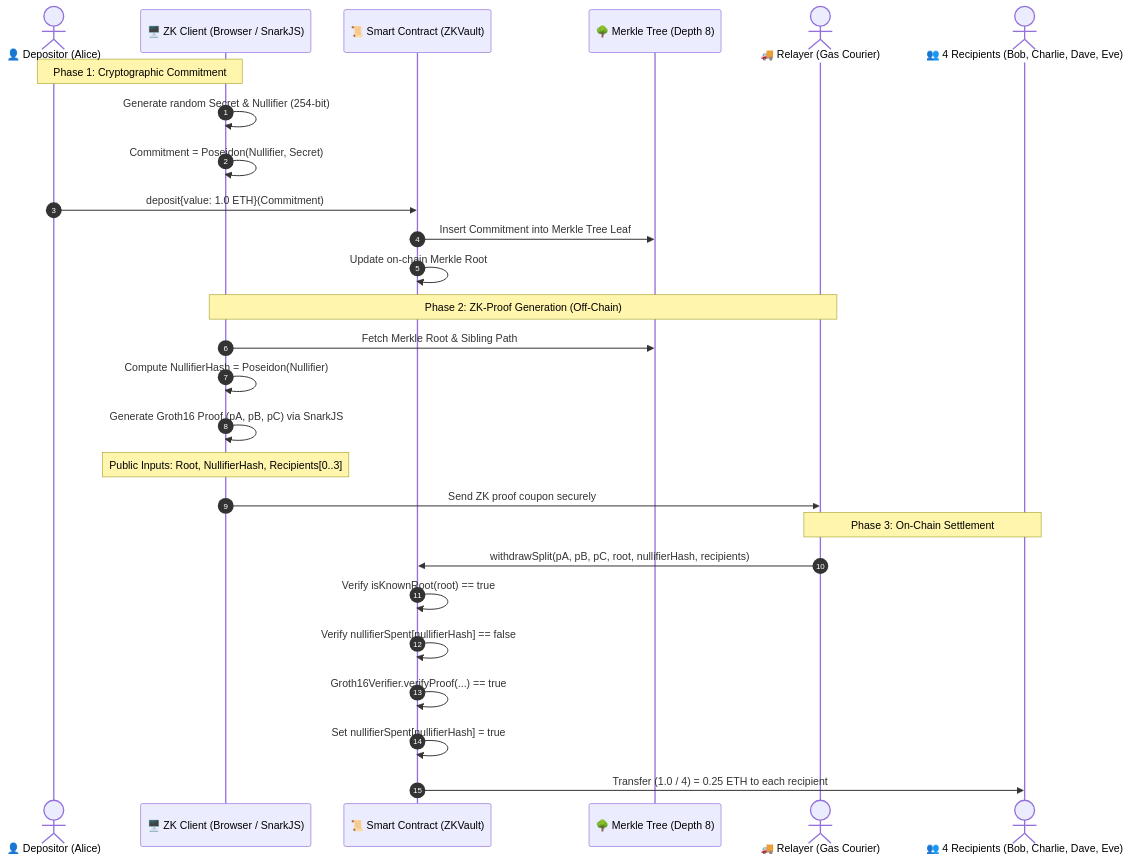
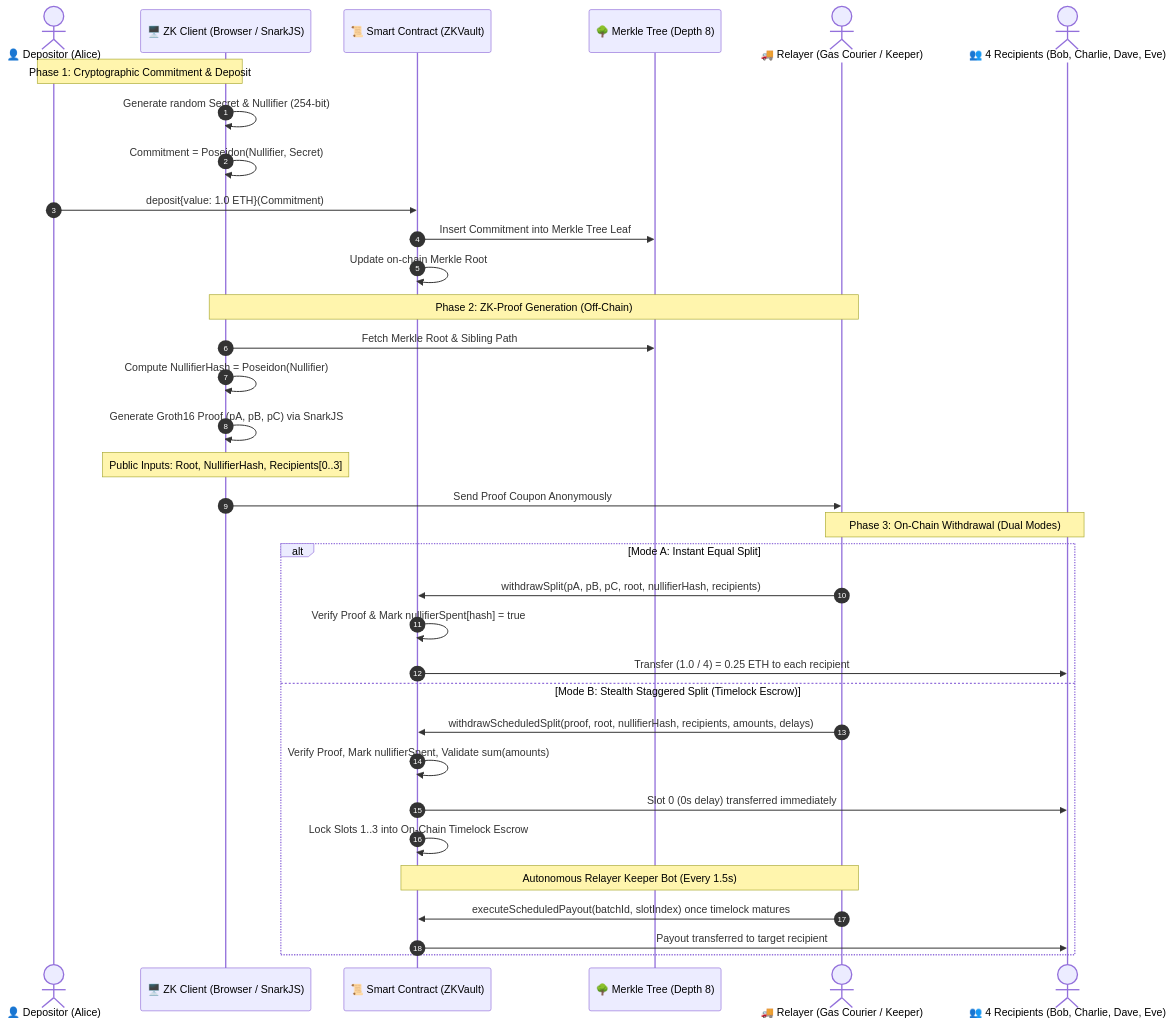
The diagram in docs/README_en.md (IlhamEl777/zk-vault-splitter), drawn with Mermaid before and after one commit. The commit also changed other lines of this file and 16 other files, not shown here.

Commit message:
feat: implement stealth timed distribution, keeper daemon, attack simulator & update comprehensive project docs

````diff
--- a/docs/README_en.md
+++ b/docs/README_en.md
@@ -79,32 +98,39 @@
 ```mermaid
 sequenceDiagram
     autonumber
     actor Alice as 👤 Depositor (Alice)
     participant Client as 🖥️ ZK Client (Browser / SnarkJS)
     participant Vault as 📜 Smart Contract (ZKVault)
     participant Tree as 🌳 Merkle Tree (Depth 8)
-    actor Relayer as 🚚 Relayer (Gas Courier)
+    actor Relayer as 🚚 Relayer (Gas Courier / Keeper)
     actor Recipients as 👥 4 Recipients (Bob, Charlie, Dave, Eve)
 
-    Note over Alice,Client: Phase 1: Cryptographic Commitment
+    Note over Alice,Client: Phase 1: Cryptographic Commitment & Deposit
     Client->>Client: Generate random Secret & Nullifier (254-bit)
     Client->>Client: Commitment = Poseidon(Nullifier, Secret)
     Alice->>Vault: deposit{value: 1.0 ETH}(Commitment)
     Vault->>Tree: Insert Commitment into Merkle Tree Leaf
     Vault->>Vault: Update on-chain Merkle Root
 
     Note over Client,Relayer: Phase 2: ZK-Proof Generation (Off-Chain)
     Client->>Tree: Fetch Merkle Root & Sibling Path
     Client->>Client: Compute NullifierHash = Poseidon(Nullifier)
     Client->>Client: Generate Groth16 Proof (pA, pB, pC) via SnarkJS
     Note over Client: Public Inputs: Root, NullifierHash, Recipients[0..3]
-    Client->>Relayer: Send ZK proof coupon securely
+    Client->>Relayer: Send Proof Coupon Anonymously
 
-    Note over Relayer,Recipients: Phase 3: On-Chain Settlement
-    Relayer->>Vault: withdrawSplit(pA, pB, pC, root, nullifierHash, recipients)
-    Vault->>Vault: Verify isKnownRoot(root) == true
-    Vault->>Vault: Verify nullifierSpent[nullifierHash] == false
-    Vault->>Vault: Groth16Verifier.verifyProof(...) == true
-    Vault->>Vault: Set nullifierSpent[nullifierHash] = true
-    Vault->>Recipients: Transfer (1.0 / 4) = 0.25 ETH to each recipient
+    Note over Relayer,Recipients: Phase 3: On-Chain Withdrawal (Dual Modes)
+    alt Mode A: Instant Equal Split
+        Relayer->>Vault: withdrawSplit(pA, pB, pC, root, nullifierHash, recipients)
+        Vault->>Vault: Verify Proof & Mark nullifierSpent[hash] = true
+        Vault->>Recipients: Transfer (1.0 / 4) = 0.25 ETH to each recipient
+    else Mode B: Stealth Staggered Split (Timelock Escrow)
+        Relayer->>Vault: withdrawScheduledSplit(proof, root, nullifierHash, recipients, amounts, delays)
+        Vault->>Vault: Verify Proof, Mark nullifierSpent, Validate sum(amounts)
+        Vault->>Recipients: Slot 0 (0s delay) transferred immediately
+        Vault->>Vault: Lock Slots 1..3 into On-Chain Timelock Escrow
+        Note over Relayer,Vault: Autonomous Relayer Keeper Bot (Every 1.5s)
+        Relayer->>Vault: executeScheduledPayout(batchId, slotIndex) once timelock matures
+        Vault->>Recipients: Payout transferred to target recipient
+    end
 ```
````
